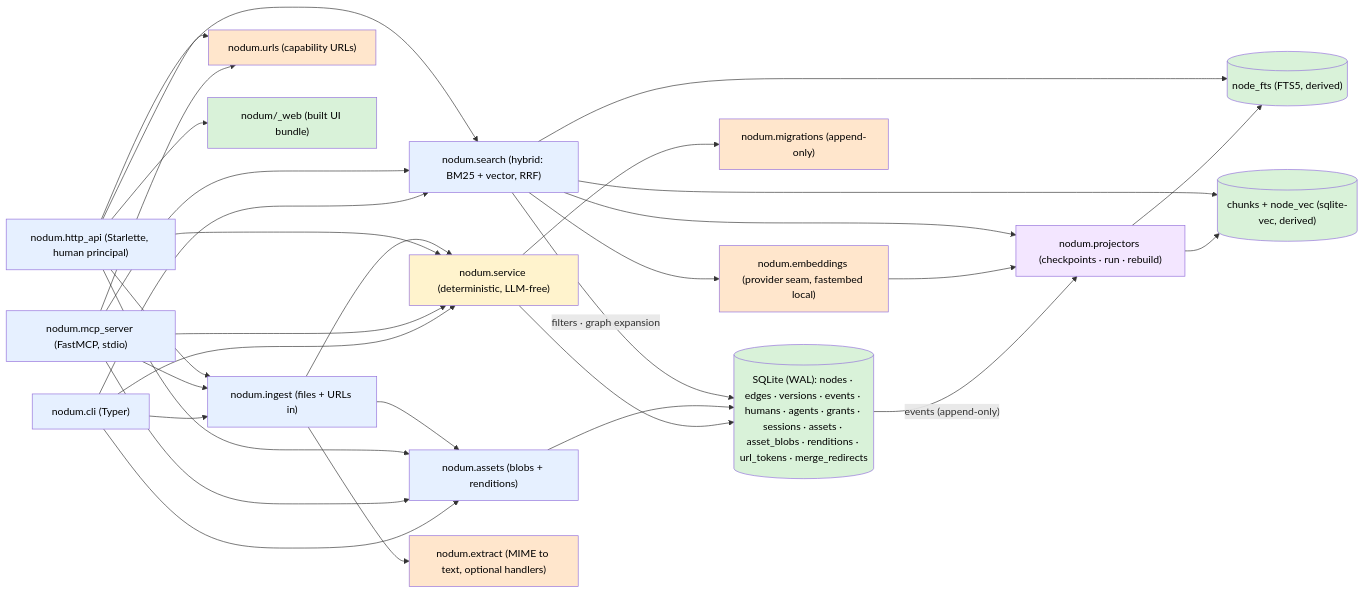
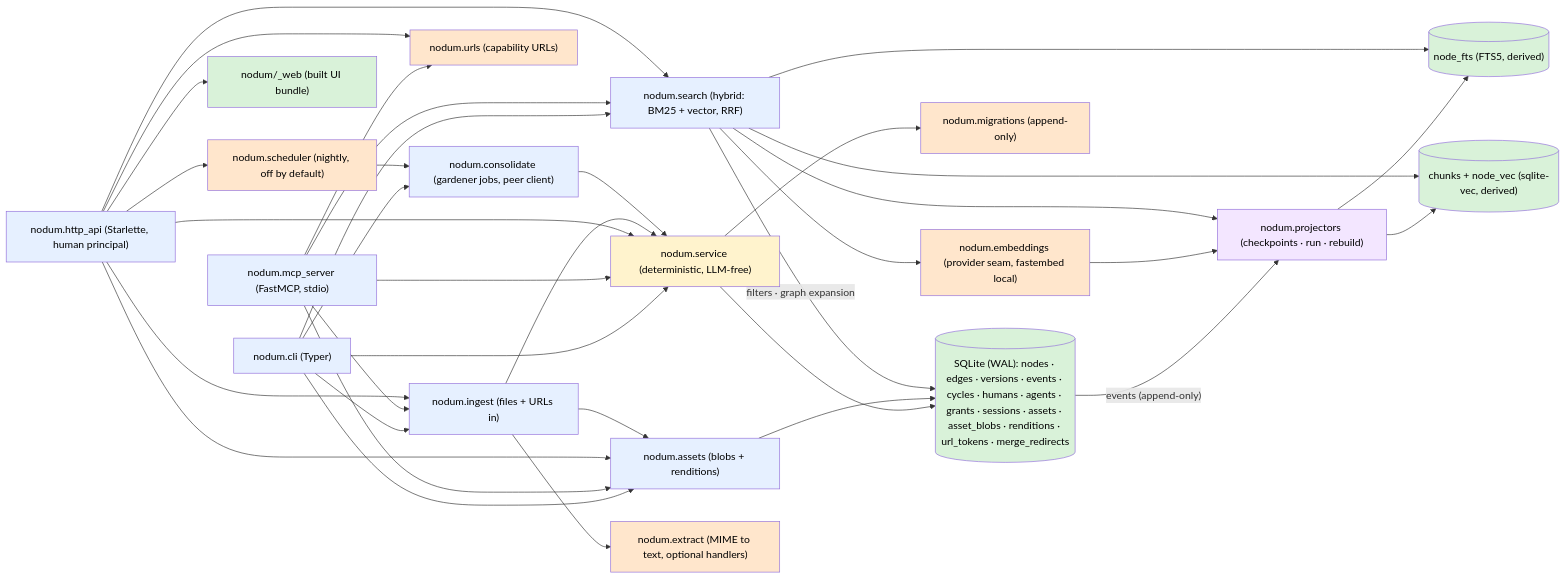
Before and after one commit to vcoeur/nodum: the diagram in docs/architecture.md, drawn with Mermaid. The commit also changed other lines of this file and 7 other files, not shown here.

````diff
--- a/docs/architecture.md
+++ b/docs/architecture.md
@@ -9,49 +9,55 @@
 ```mermaid
 flowchart LR
     cli["nodum.cli (Typer)"] --> svc["nodum.service (deterministic, LLM-free)"]
     mcp["nodum.mcp_server (FastMCP, stdio)"] --> svc
     http["nodum.http_api (Starlette, human principal)"] --> svc
     cli --> qry["nodum.search (hybrid: BM25 + vector, RRF)"]
     mcp --> qry
     http --> qry
     cli --> ast["nodum.assets (blobs + renditions)"]
     mcp --> ast
     http --> ast
     cli --> ing["nodum.ingest (files + URLs in)"]
     mcp --> ing
     http --> ing
     ing --> ext["nodum.extract (MIME to text, optional handlers)"]
     ing --> ast
     ing --> svc
     mcp --> url["nodum.urls (capability URLs)"]
     http --> url
     http --> web["nodum/_web (built UI bundle)"]
-    svc --> db[("SQLite (WAL): nodes · edges · versions · events · humans · agents · grants · sessions · assets · asset_blobs · renditions · url_tokens · merge_redirects")]
+    cli --> cons["nodum.consolidate (gardener jobs, peer client)"]
+    http --> sch["nodum.scheduler (nightly, off by default)"]
+    sch --> cons
+    cons --> svc
+    svc --> db[("SQLite (WAL): nodes · edges · versions · events · cycles · humans · agents · grants · sessions · assets · asset_blobs · renditions · url_tokens · merge_redirects")]
     svc --> mig["nodum.migrations (append-only)"]
     ast --> db
     db -- "events (append-only)" --> prj["nodum.projectors (checkpoints · run · rebuild)"]
     prj --> fts[("node_fts (FTS5, derived)")]
     prj --> vec[("chunks + node_vec (sqlite-vec, derived)")]
     emb["nodum.embeddings (provider seam, fastembed local)"] --> prj
     qry --> fts
     qry --> vec
     qry --> emb
     qry --> prj
     qry -- "filters · graph expansion" --> db
     style cli fill:#e6f0ff,color:#000
     style mcp fill:#e6f0ff,color:#000
     style svc fill:#fff3cd,color:#000
     style db fill:#d9f2d9,color:#000
     style mig fill:#ffe6cc,color:#000
     style prj fill:#f3e6ff,color:#000
     style fts fill:#d9f2d9,color:#000
     style vec fill:#d9f2d9,color:#000
     style emb fill:#ffe6cc,color:#000
     style qry fill:#e6f0ff,color:#000
     style ast fill:#e6f0ff,color:#000
     style http fill:#e6f0ff,color:#000
     style web fill:#d9f2d9,color:#000
     style ing fill:#e6f0ff,color:#000
     style ext fill:#ffe6cc,color:#000
     style url fill:#ffe6cc,color:#000
+    style cons fill:#e6f0ff,color:#000
+    style sch fill:#ffe6cc,color:#000
 ```
````
